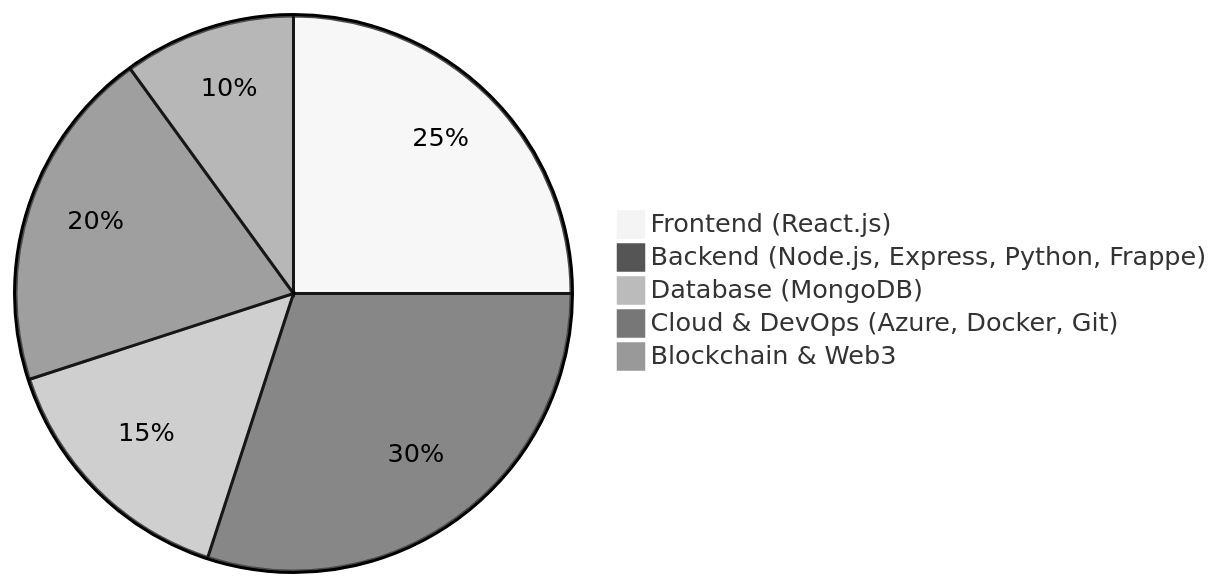
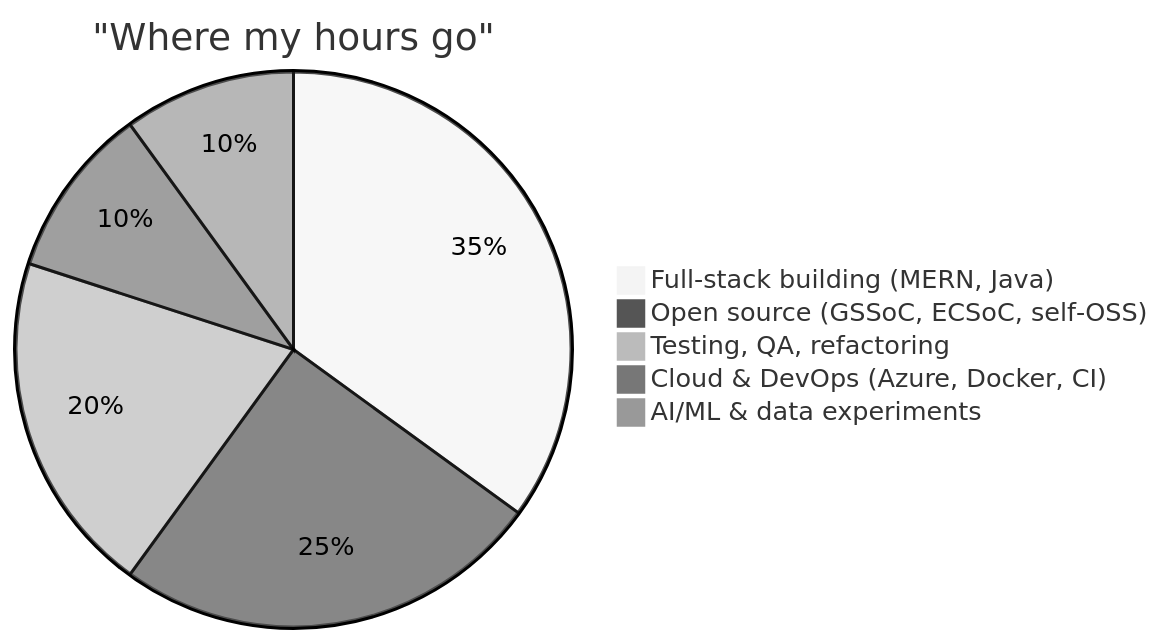
Before and after one commit to udaycodespace/udaycodespace: the first of 2 diagrams in README.md, drawn with Mermaid (neutral theme). The commit also changed other lines of this file, not shown here.

````diff
--- a/README.md
+++ b/README.md
@@ -74,8 +58,8 @@
 ```mermaid
-pie title 
-    "Frontend (React.js)" : 25
-    "Backend (Node.js, Express, Python, Frappe)" : 30
-    "Database (MongoDB)" : 15
-    "Cloud & DevOps (Azure, Docker, Git)" : 20
-    "Blockchain & Web3" : 10
+pie title "Where my hours go"
+    "Full‑stack building (MERN, Java)" : 35
+    "Open source (GSSoC, ECSoC, self‑OSS)" : 25
+    "Testing, QA, refactoring" : 20
+    "Cloud & DevOps (Azure, Docker, CI)" : 10
+    "AI/ML & data experiments" : 10
 ```
````
